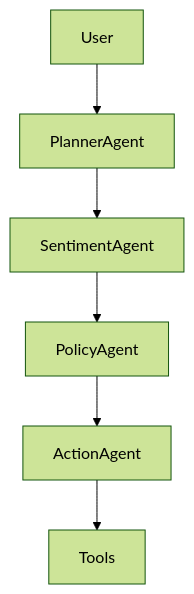
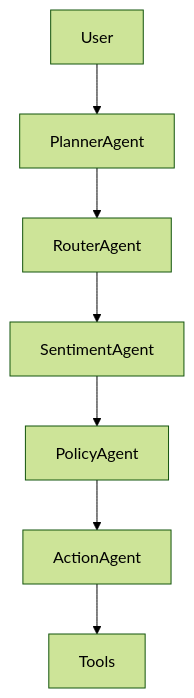
The diagram in README.md (Adityansh-Chand/ai-proactive-customer-operations), drawn with Mermaid (forest theme) before and after one commit. The commit also changed other lines of this file and 14 other files, not shown here.

Commit message:
feat: add executable customer operations decision flow

````diff
--- a/README.md
+++ b/README.md
@@ -8,8 +9,9 @@
 ```mermaid
 flowchart TD
-User --> PlannerAgent
-PlannerAgent --> SentimentAgent
-SentimentAgent --> PolicyAgent
-PolicyAgent --> ActionAgent
-ActionAgent --> Tools
+  User --> PlannerAgent
+  PlannerAgent --> RouterAgent
+  RouterAgent --> SentimentAgent
+  SentimentAgent --> PolicyAgent
+  PolicyAgent --> ActionAgent
+  ActionAgent --> Tools
 ```
````
